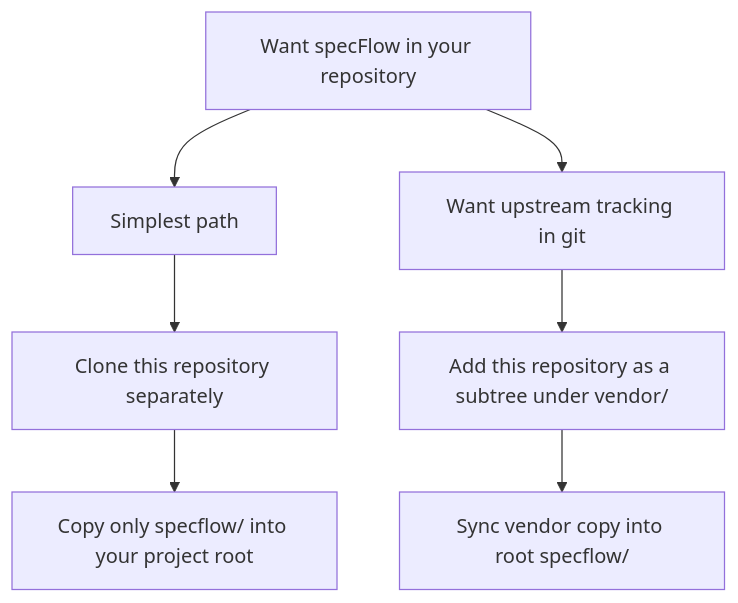
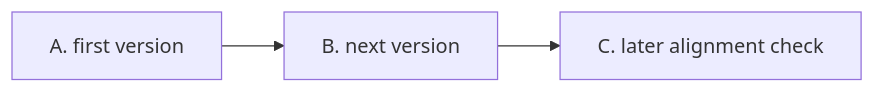
Before and after one commit to mfblog/specflow: the first of 7 diagrams in README.md, drawn with Mermaid. The commit also changed other lines of this file and 1 other file, not shown here.

Commit message:
rewrite specflow readmes

````diff
--- a/README.md
+++ b/README.md
@@ -114,9 +178,5 @@
 ```mermaid
-flowchart TD
-    A["Want specFlow in your repository"] --> B["Simplest path"]
-    A --> C["Want upstream tracking in git"]
-    B --> D["Clone this repository separately"]
-    D --> E["Copy only specflow/ into your project root"]
-    C --> F["Add this repository as a subtree under vendor/"]
-    F --> G["Sync vendor copy into root specflow/"]
+flowchart LR
+    A["A. first version"] --> B["B. next version"]
+    B --> C["C. later alignment check"]
 ```
````
